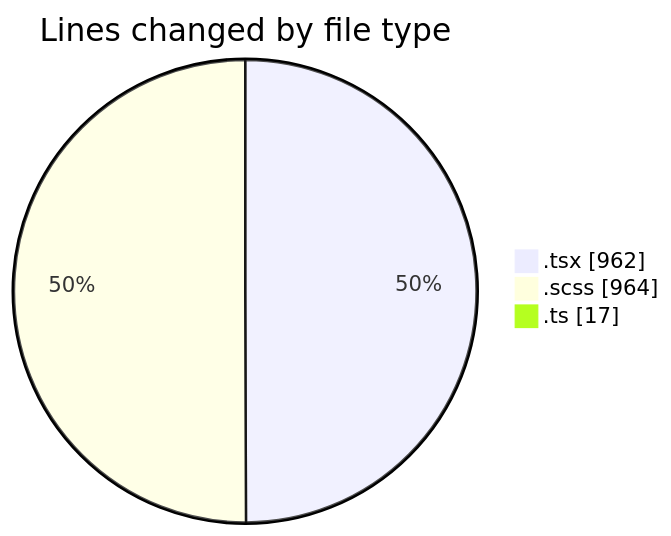
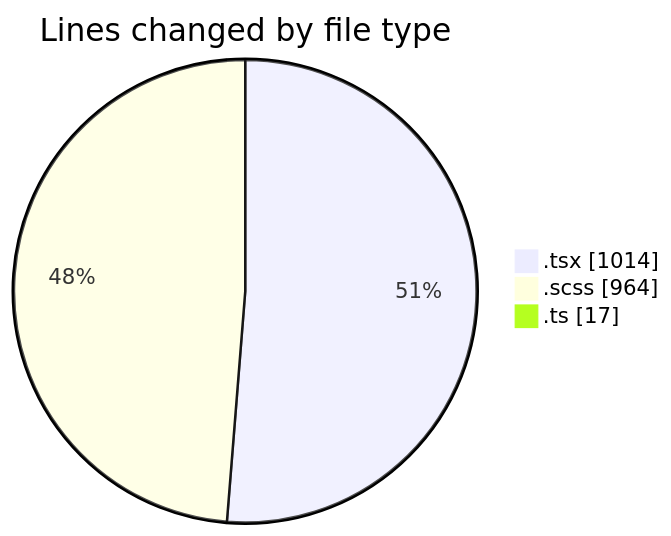
The first of 2 diagrams in 2025-09-19/cda/README.md (momahboobian/code-tracking), drawn with Mermaid before and after one commit. The commit also changed other lines of this file and 1 other file, not shown here.

````diff
--- a/2025-09-19/cda/README.md
+++ b/2025-09-19/cda/README.md
@@ -25,7 +25,7 @@
 ```mermaid
 pie showData
 title Lines changed by file type
-".tsx" : 962
+".tsx" : 1014
 ".scss" : 964
 ".ts" : 17
 ```
````
